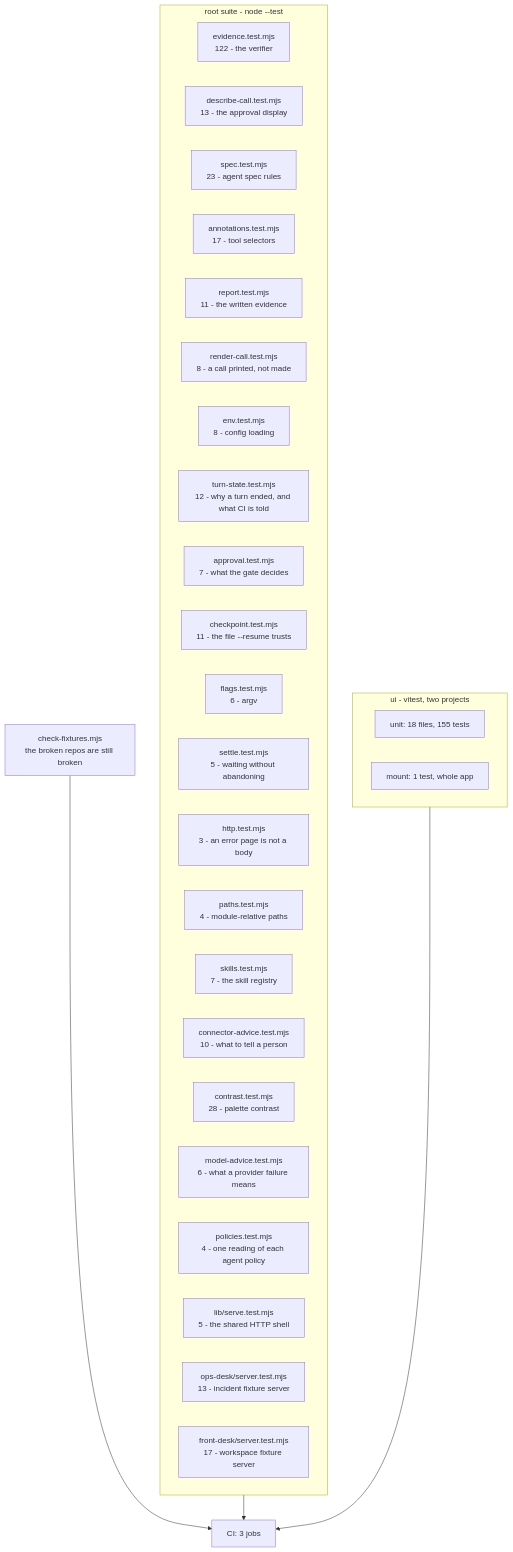
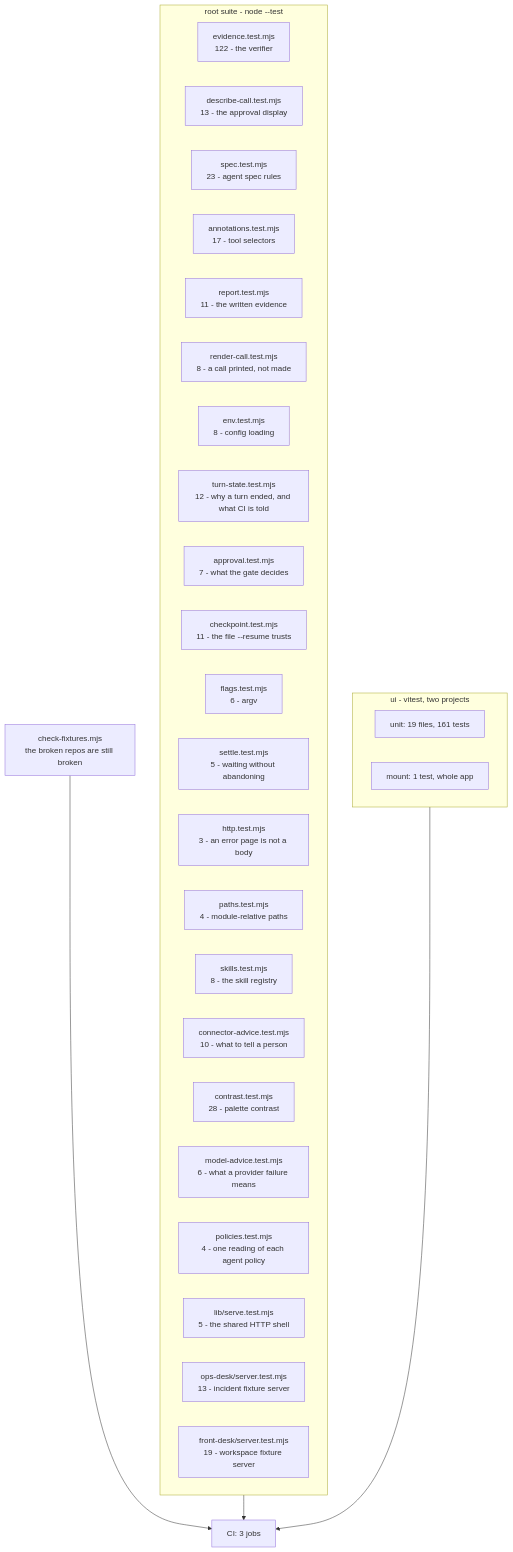
One commit to manumishra12/quartermaster changed the diagram in TESTING.md. Above: the diagram before and after it, drawn with Mermaid. The commit also changed other lines of this file and 13 other files, not shown here.

````diff
--- a/TESTING.md
+++ b/TESTING.md
@@ -30,38 +30,38 @@
 ```mermaid
 flowchart TD
   subgraph root["root suite - node --test"]
     EV["evidence.test.mjs<br/>122 - the verifier"]
     DC["describe-call.test.mjs<br/>13 - the approval display"]
     SP["spec.test.mjs<br/>23 - agent spec rules"]
     AN["annotations.test.mjs<br/>17 - tool selectors"]
     RP["report.test.mjs<br/>11 - the written evidence"]
     RC["render-call.test.mjs<br/>8 - a call printed, not made"]
     EN["env.test.mjs<br/>8 - config loading"]
     TS["turn-state.test.mjs<br/>12 - why a turn ended, and what CI is told"]
     AP["approval.test.mjs<br/>7 - what the gate decides"]
     CK["checkpoint.test.mjs<br/>11 - the file --resume trusts"]
     FL["flags.test.mjs<br/>6 - argv"]
     ST["settle.test.mjs<br/>5 - waiting without abandoning"]
     HT["http.test.mjs<br/>3 - an error page is not a body"]
     PA["paths.test.mjs<br/>4 - module-relative paths"]
-    SK["skills.test.mjs<br/>7 - the skill registry"]
+    SK["skills.test.mjs<br/>8 - the skill registry"]
     CA["connector-advice.test.mjs<br/>10 - what to tell a person"]
     CO["contrast.test.mjs<br/>28 - palette contrast"]
     MA["model-advice.test.mjs<br/>6 - what a provider failure means"]
     PO["policies.test.mjs<br/>4 - one reading of each agent policy"]
     SV["lib/serve.test.mjs<br/>5 - the shared HTTP shell"]
     OD["ops-desk/server.test.mjs<br/>13 - incident fixture server"]
-    FD["front-desk/server.test.mjs<br/>17 - workspace fixture server"]
+    FD["front-desk/server.test.mjs<br/>19 - workspace fixture server"]
   end
 
   subgraph ui["ui - vitest, two projects"]
-    U1["unit: 18 files, 155 tests"]
+    U1["unit: 19 files, 161 tests"]
     U2["mount: 1 test, whole app"]
   end
 
   FX["check-fixtures.mjs<br/>the broken repos are still broken"]
 
   root --> CI["CI: 3 jobs"]
   ui --> CI
   FX --> CI
 ```
````
